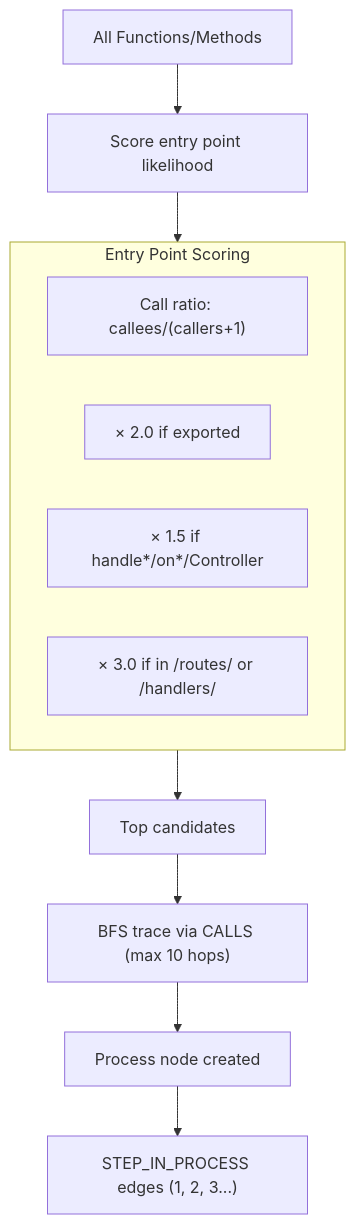
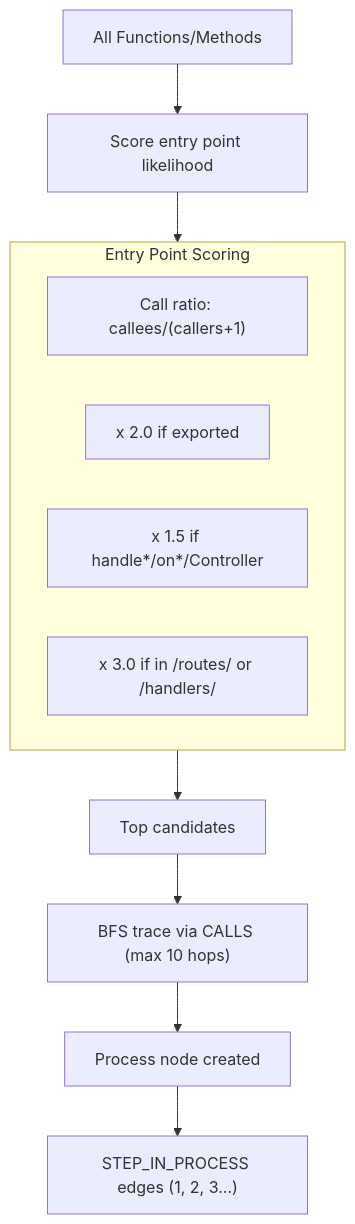
Before and after one commit to OliverNyx/NexusAI: the sixth of 6 diagrams in README.md, drawn with Mermaid. The commit also changed other lines of this file and 32 other files, not shown here.

````diff
--- a/README.md
+++ b/README.md
@@ -200,17 +378,17 @@
 ```mermaid
 flowchart TD
     FUNCS[All Functions/Methods] --> SCORE["Score entry point likelihood"]
-    
+
     subgraph Scoring["Entry Point Scoring"]
         BASE["Call ratio: callees/(callers+1)"]
-        EXPORT["× 2.0 if exported"]
-        NAME["× 1.5 if handle*/on*/Controller"]
-        FW["× 3.0 if in /routes/ or /handlers/"]
+        EXPORT["x 2.0 if exported"]
+        NAME["x 1.5 if handle*/on*/Controller"]
+        FW["x 3.0 if in /routes/ or /handlers/"]
     end
-    
+
     SCORE --> Scoring
     Scoring --> TOP["Top candidates"]
     TOP --> BFS["BFS trace via CALLS (max 10 hops)"]
     BFS --> PROCESS["Process node created"]
     PROCESS --> STEPS["STEP_IN_PROCESS edges (1, 2, 3...)"]
 ```
````
